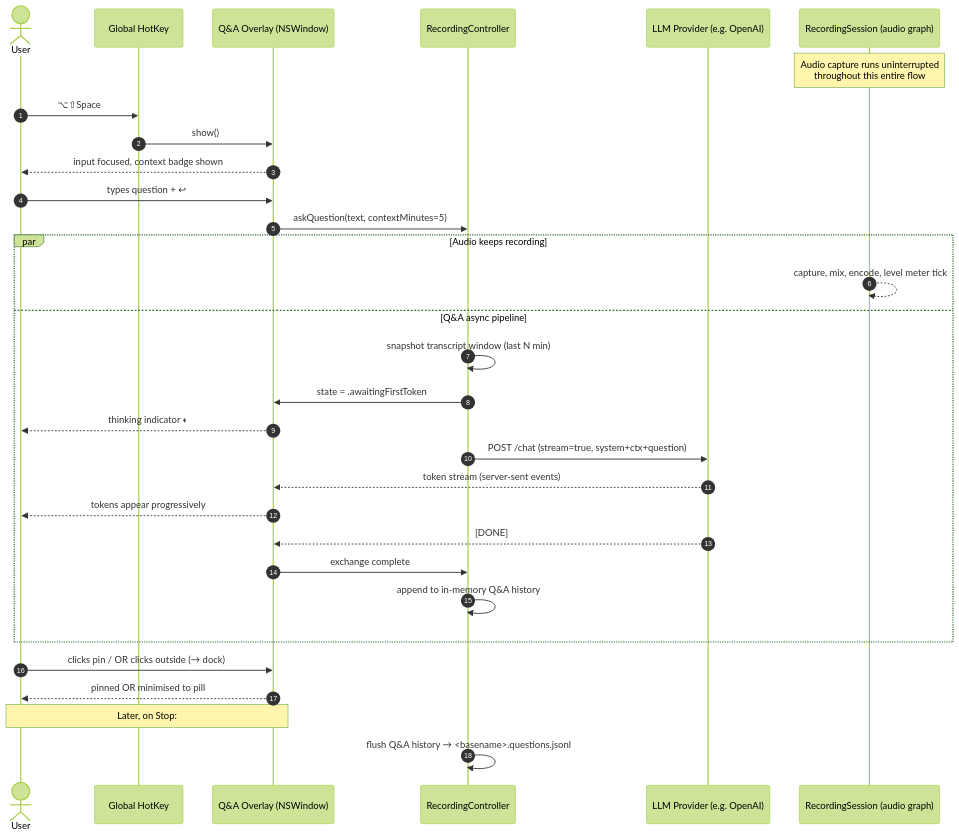
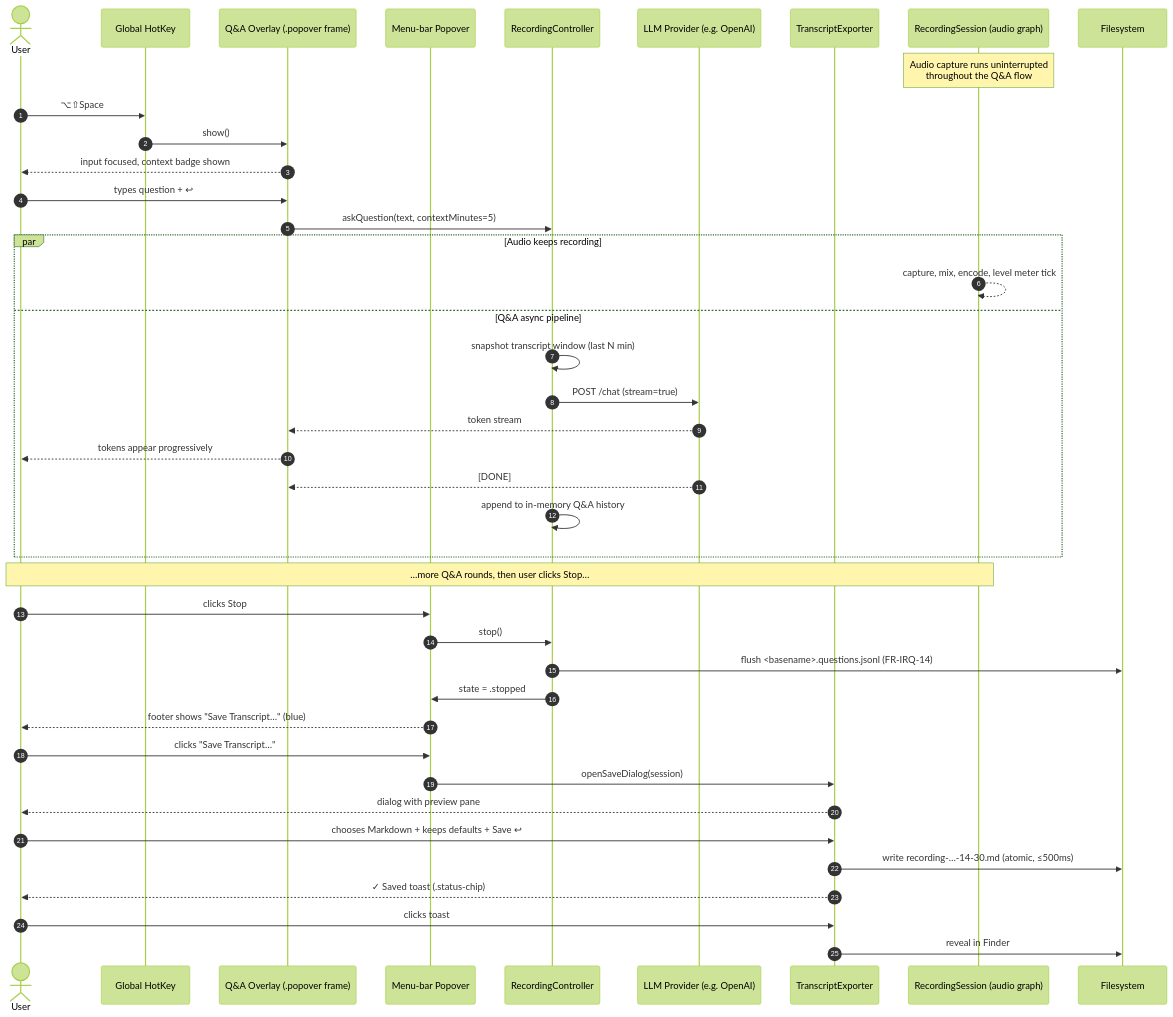
Before and after one commit to biks2013-tools/ntakker: the diagram in proposals/in-recording-questions/requirements.md, drawn with Mermaid (forest theme). The commit also changed other lines of this file and 4 other files, not shown here.

First line of the commit message:
req: copy popover mockup baseline + revise Q&A design to extend it + transcript-save flow

````diff
--- a/proposals/in-recording-questions/requirements.md
+++ b/proposals/in-recording-questions/requirements.md
@@ -197,39 +269,49 @@
 ```mermaid
 sequenceDiagram
     autonumber
     actor User
     participant HK as Global HotKey
-    participant Overlay as Q&A Overlay (NSWindow)
+    participant Overlay as Q&A Overlay (.popover frame)
+    participant Pop as Menu-bar Popover
     participant Ctrl as RecordingController
     participant LLM as LLM Provider (e.g. OpenAI)
+    participant Exp as TranscriptExporter
     participant Audio as RecordingSession (audio graph)
+    participant FS as Filesystem
 
-    Note over Audio: Audio capture runs uninterrupted<br/>throughout this entire flow
+    Note over Audio: Audio capture runs uninterrupted<br/>throughout the Q&A flow
 
     User->>HK: ⌥⇧Space
     HK->>Overlay: show()
     Overlay-->>User: input focused, context badge shown
-
     User->>Overlay: types question + ↩
     Overlay->>Ctrl: askQuestion(text, contextMinutes=5)
 
     par Audio keeps recording
         Audio-->>Audio: capture, mix, encode, level meter tick
     and Q&A async pipeline
         Ctrl->>Ctrl: snapshot transcript window (last N min)
-        Ctrl->>Overlay: state = .awaitingFirstToken
-        Overlay-->>User: thinking indicator ◐
-        Ctrl->>LLM: POST /chat (stream=true, system+ctx+question)
-        LLM-->>Overlay: token stream (server-sent events)
+        Ctrl->>LLM: POST /chat (stream=true)
+        LLM-->>Overlay: token stream
         Overlay-->>User: tokens appear progressively
         LLM-->>Overlay: [DONE]
-        Overlay->>Ctrl: exchange complete
         Ctrl->>Ctrl: append to in-memory Q&A history
     end
 
-    User->>Overlay: clicks pin / OR clicks outside (→ dock)
-    Overlay-->>User: pinned OR minimised to pill
+    Note over User,Audio: …more Q&A rounds, then user clicks Stop…
 
-    Note over User,Overlay: Later, on Stop:
-    Ctrl->>Ctrl: flush Q&A history → <basename>.questions.jsonl
+    User->>Pop: clicks Stop
+    Pop->>Ctrl: stop()
+    Ctrl->>FS: flush <basename>.questions.jsonl  (FR-IRQ-14)
+    Ctrl->>Pop: state = .stopped
+    Pop-->>User: footer shows "Save Transcript…" (blue)
+
+    User->>Pop: clicks "Save Transcript…"
+    Pop->>Exp: openSaveDialog(session)
+    Exp-->>User: dialog with preview pane
+    User->>Exp: chooses Markdown + keeps defaults + Save ↩
+    Exp->>FS: write recording-…-14-30.md  (atomic, ≤500ms)
+    Exp-->>User: ✓ Saved toast (.status-chip)
+    User->>Exp: clicks toast
+    Exp->>FS: reveal in Finder
 ```
````
